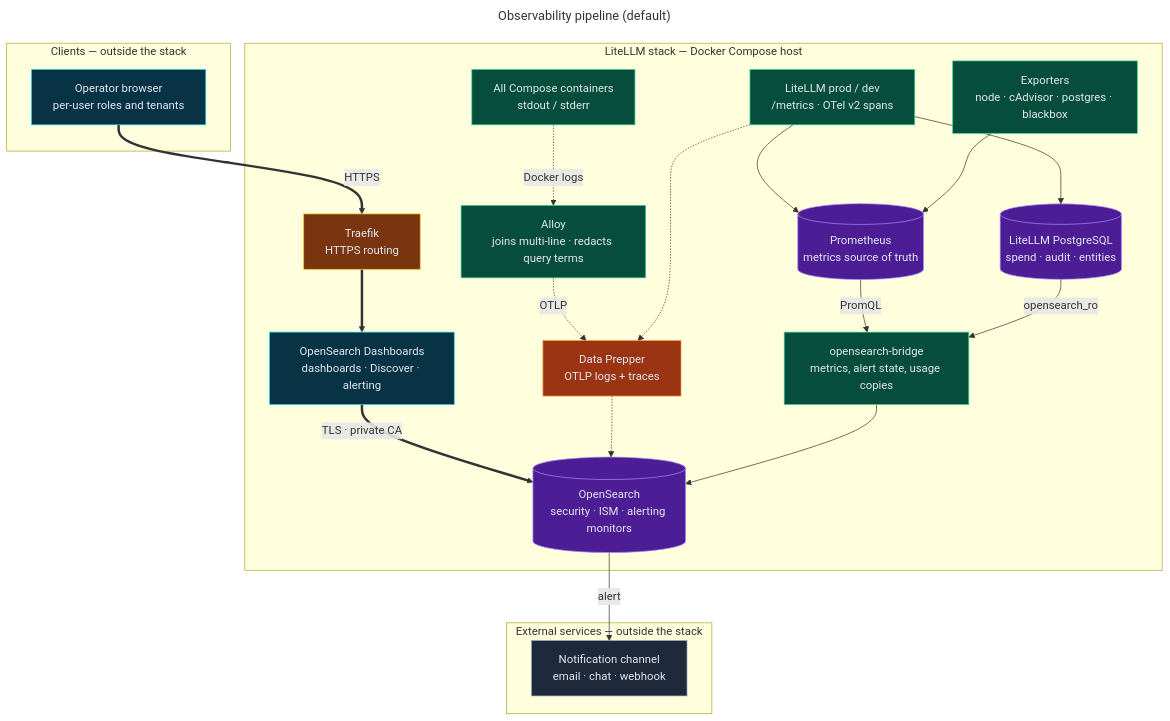
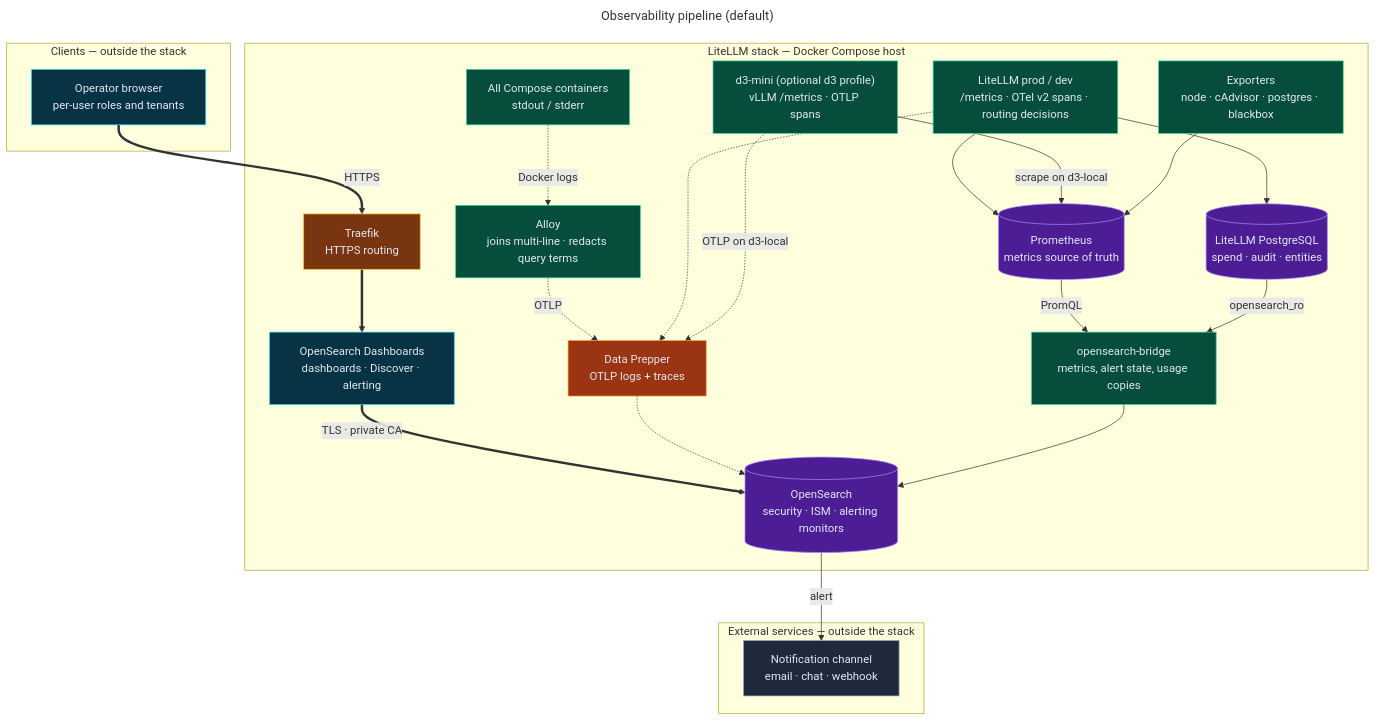
The diagram in diagrams/03-observability-pipeline.mmd (bella-1337/effective-spoon), drawn with Mermaid before and after one commit. The commit also changed 21 other files, not shown here.

```diff
--- a/diagrams/03-observability-pipeline.mmd
+++ b/diagrams/03-observability-pipeline.mmd
@@ -1,56 +1,59 @@
 ---
 title: Observability pipeline (default)
 ---
 flowchart TD
   %% Source for 03-observability-pipeline.html. Edit this file, then run ./scripts/render-diagrams.py.
   %% Directives: docs in diagrams/README.md (Updating diagrams).
   %% @mode architecture
   %% @subtitle Logs, metrics, traces, and LiteLLM usage converge in OpenSearch; operators read them through Dashboards
-  %% @card cyan | Ingest paths | Alloy ships container logs over OTLP to Data Prepper | LiteLLM exports content-free spans to Data Prepper Trace Analytics | The bridge mirrors Prometheus series and non-content PostgreSQL rows every minute
+  %% @card cyan | Ingest paths | Alloy ships container logs over OTLP to Data Prepper | LiteLLM exports content-free spans, with each coding-router decision, to Data Prepper Trace Analytics; the optional d3-mini adds its own spans and metrics | The bridge mirrors Prometheus series and non-content PostgreSQL rows every minute
   %% @card violet | Stores | OpenSearch: logs, mirrored metrics, alert state, usage copies, audit log | Prometheus stays the metrics source of truth and a PPL direct-query source | LiteLLM PostgreSQL stays the system of record for spend and identity
   %% @card rose | Access and alerts | OpenSearch security roles and tenants restrict each user | One alerting monitor per Grafana rule, plus staleness monitors | Set OPENSEARCH_ALERT_CHANNEL_ID or alerts are visible only in the UI
   %% @journey #fb923c: CT AL DP OS
   %% @journey #34d399: LL PM BR OS NC
   %% @journey #22d3ee: OP TR OSD OS
 
   subgraph CL["Clients — outside the stack"]
     OP["Operator browser<br/>per-user roles and tenants"]:::frontend
   end
   subgraph ST["LiteLLM stack — Docker Compose host"]
     TR["Traefik<br/>HTTPS routing"]:::cloud
-    LL["LiteLLM prod / dev<br/>/metrics · OTel v2 spans"]:::backend
+    LL["LiteLLM prod / dev<br/>/metrics · OTel v2 spans · routing decisions"]:::backend
+    D3["d3-mini (optional d3 profile)<br/>vLLM /metrics · OTLP spans"]:::backend
     CT["All Compose containers<br/>stdout / stderr"]:::backend
     EXP["Exporters<br/>node · cAdvisor · postgres · blackbox"]:::backend
     OSD["OpenSearch Dashboards<br/>dashboards · Discover · alerting"]:::frontend
     AL["Alloy<br/>joins multi-line · redacts query terms"]:::backend
     PM[("Prometheus<br/>metrics source of truth")]:::database
     PG[("LiteLLM PostgreSQL<br/>spend · audit · entities")]:::database
     DP["Data Prepper<br/>OTLP logs + traces"]:::bus
     BR["opensearch-bridge<br/>metrics, alert state, usage copies"]:::backend
     OS[("OpenSearch<br/>security · ISM · alerting monitors")]:::database
   end
   subgraph EX["External services — outside the stack"]
     NC["Notification channel<br/>email · chat · webhook"]:::external
   end
 
   OP ==>|"HTTPS"| TR
   TR ==> OSD
   OSD ==>|"TLS · private CA"| OS
   CT -.->|"Docker logs"| AL
   AL -.->|"OTLP"| DP
   LL -.-> DP
   LL --> PM
+  D3 -->|"scrape on d3-local"| PM
+  D3 -.->|"OTLP on d3-local"| DP
   EXP --> PM
   LL --> PG
   PM -->|"PromQL"| BR
   PG -->|"opensearch_ro"| BR
   DP -.-> OS
   BR --> OS
   OS -->|"alert"| NC
 
   classDef backend fill:#064e3b,stroke:#34d399,color:#e2e8f0
   classDef bus fill:#9a3412,stroke:#fb923c,color:#e2e8f0
   classDef cloud fill:#78350f,stroke:#fbbf24,color:#e2e8f0
   classDef database fill:#4c1d95,stroke:#a78bfa,color:#e2e8f0
   classDef external fill:#1e293b,stroke:#94a3b8,color:#e2e8f0
   classDef frontend fill:#083344,stroke:#22d3ee,color:#e2e8f0
```
